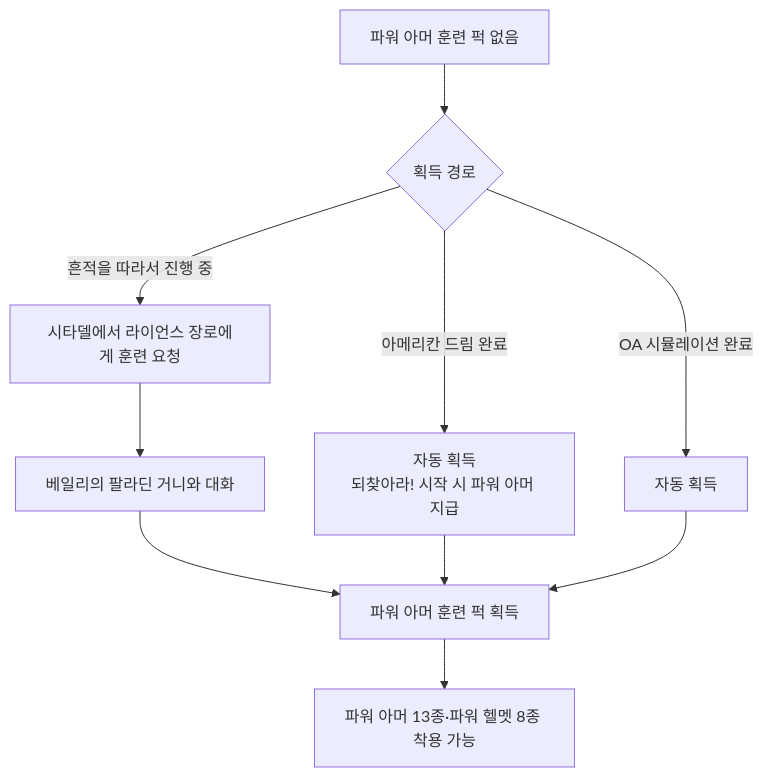
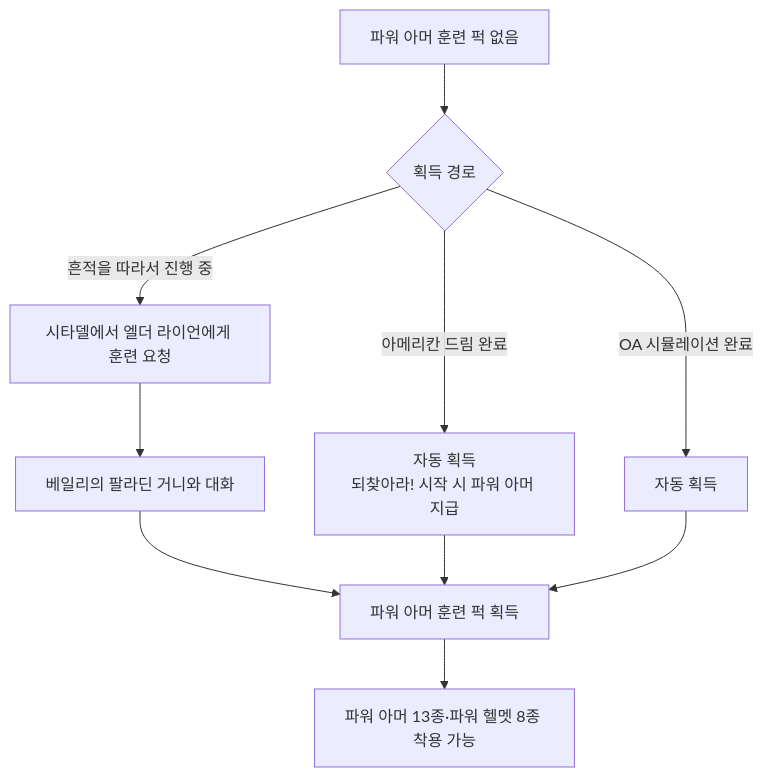
Before and after one commit to forsurvive/003: the second of 3 diagrams in docs/reverse-design/20_armor-apparel.md, drawn with Mermaid. The commit also changed other lines of this file and 17 other files, not shown here.

````diff
--- a/docs/reverse-design/20_armor-apparel.md
+++ b/docs/reverse-design/20_armor-apparel.md
@@ -136,12 +136,12 @@
 ```mermaid
 flowchart TD
     S["파워 아머 훈련 퍽 없음"] --> A{"획득 경로"}
-    A -->|"흔적을 따라서 진행 중"| B["시타델에서 라이언스 장로에게 훈련 요청"]
+    A -->|"흔적을 따라서 진행 중"| B["시타델에서 엘더 라이언에게 훈련 요청"]
     B --> C["베일리의 팔라딘 거니와 대화"]
     A -->|"아메리칸 드림 완료"| D["자동 획득<br/>되찾아라! 시작 시 파워 아머 지급"]
     A -->|"OA 시뮬레이션 완료"| E["자동 획득"]
     C --> T["파워 아머 훈련 퍽 획득"]
     D --> T
     E --> T
     T --> U["파워 아머 13종·파워 헬멧 8종 착용 가능"]
 ```
````
